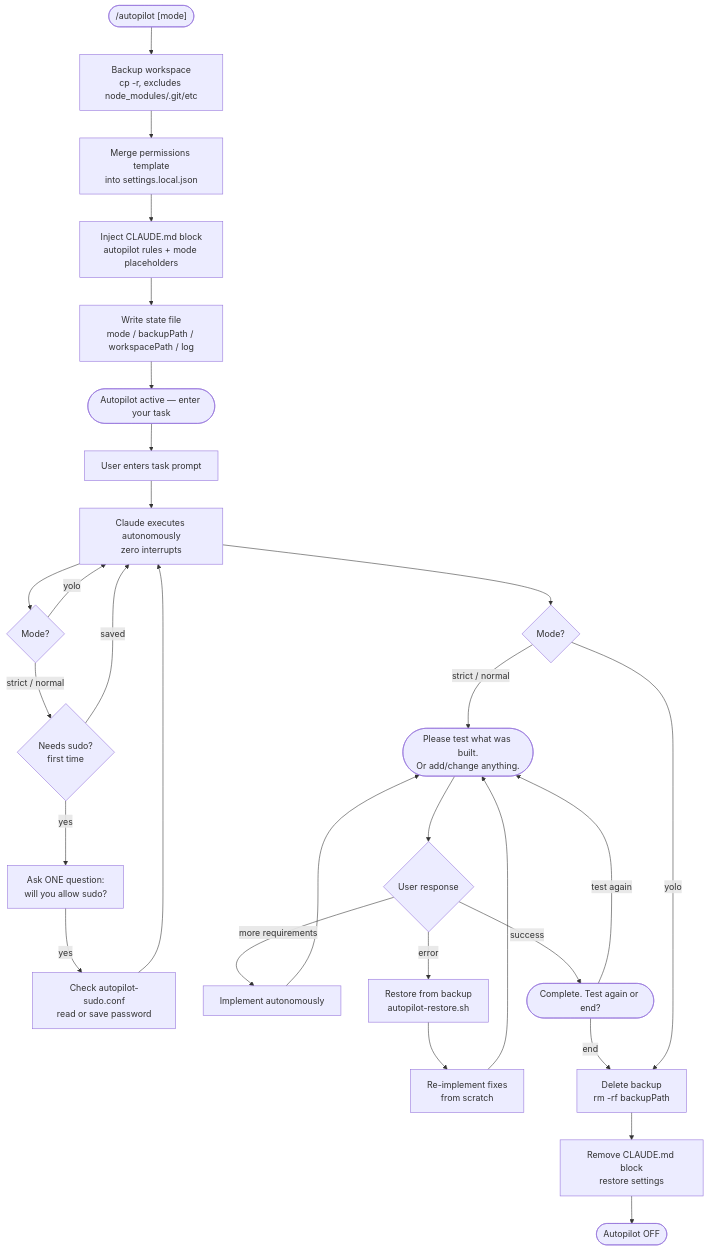
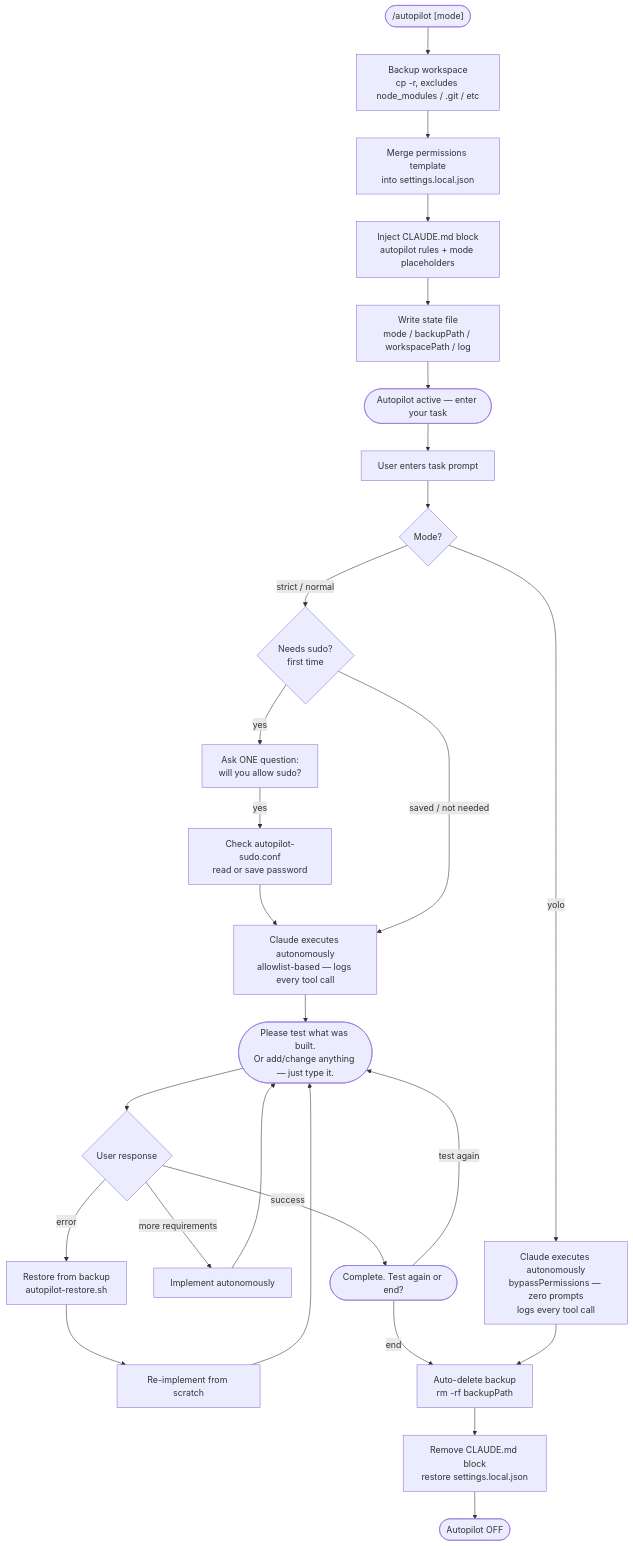
The first of 2 diagrams in README.md (devjyoti786/autopilot-plugin), drawn with Mermaid before and after one commit.

Commit message:
docs: redesign How It Works flowchart — clean mode split, no duplicate Mode? checks
Mode split happens once at task entry. yolo path: execute directly with
bypassPermissions, auto-delete backup, auto-off. strict/normal path:
optional sudo check, then execute, then test gate loop, then end confirmation.
Removes confusing mid-flow Mode? diamonds that caused yolo to loop back.

````diff
--- a/README.md
+++ b/README.md
@@ -11,37 +11,34 @@
 ```mermaid
 flowchart TD
-    A(["/autopilot [mode]"]) --> B["Backup workspace\ncp -r, excludes node_modules/.git/etc"]
+    A(["/autopilot [mode]"]) --> B["Backup workspace\ncp -r, excludes node_modules / .git / etc"]
     B --> C["Merge permissions template\ninto settings.local.json"]
     C --> D["Inject CLAUDE.md block\nautopilot rules + mode placeholders"]
     D --> E["Write state file\nmode / backupPath / workspacePath / log"]
     E --> F(["Autopilot active — enter your task"])
 
     F --> G["User enters task prompt"]
-    G --> H["Claude executes autonomously\nzero interrupts"]
+    G --> SPLIT{"Mode?"}
 
-    H --> I{"Mode?"}
+    SPLIT -->|"strict / normal"| SUDO{"Needs sudo?\nfirst time"}
+    SUDO -->|yes| ASK["Ask ONE question:\nwill you allow sudo?"]
+    ASK -->|yes| CONF["Check autopilot-sudo.conf\nread or save password"]
+    CONF --> EXEC1
+    SUDO -->|"saved / not needed"| EXEC1["Claude executes autonomously\nallowlist-based — logs every tool call"]
 
-    I -->|"strict / normal"| J{"Needs sudo?\nfirst time"}
-    J -->|yes| K["Ask ONE question:\nwill you allow sudo?"]
-    K -->|yes| L["Check autopilot-sudo.conf\nread or save password"]
-    L --> H
-    J -->|"saved"| H
+    SPLIT -->|yolo| EXEC2["Claude executes autonomously\nbypassPermissions — zero prompts\nlogs every tool call"]
 
-    I -->|yolo| H
+    EXEC1 --> GATE(["Please test what was built.\nOr add/change anything — just type it."])
+    GATE --> RESP{"User response"}
+    RESP -->|"more requirements"| IMP["Implement autonomously"]
+    IMP --> GATE
+    RESP -->|"error"| REST["Restore from backup\nautopilot-restore.sh"]
+    REST --> REIMP["Re-implement from scratch"]
+    REIMP --> GATE
+    RESP -->|"success"| CONFIRM(["Complete. Test again or end?"])
+    CONFIRM -->|"test again"| GATE
+    CONFIRM -->|"end"| CLEAN
 
-    H --> M{"Mode?"}
-    M -->|"strict / normal"| N(["Please test what was built.\nOr add/change anything."])
-    N --> O{"User response"}
-    O -->|"more requirements"| P["Implement autonomously"]
-    P --> N
-    O -->|"error"| Q["Restore from backup\nautopilot-restore.sh"]
-    Q --> R["Re-implement fixes\nfrom scratch"]
-    R --> N
-    O -->|"success"| S(["Complete. Test again or end?"])
-    S -->|"test again"| N
-    S -->|"end"| T
-
-    M -->|yolo| T["Delete backup\nrm -rf backupPath"]
-    T --> U["Remove CLAUDE.md block\nrestore settings"]
-    U --> V(["Autopilot OFF"])
+    EXEC2 --> CLEAN["Auto-delete backup\nrm -rf backupPath"]
+    CLEAN --> TEARDOWN["Remove CLAUDE.md block\nrestore settings.local.json"]
+    TEARDOWN --> DONE(["Autopilot OFF"])
 ```
````
